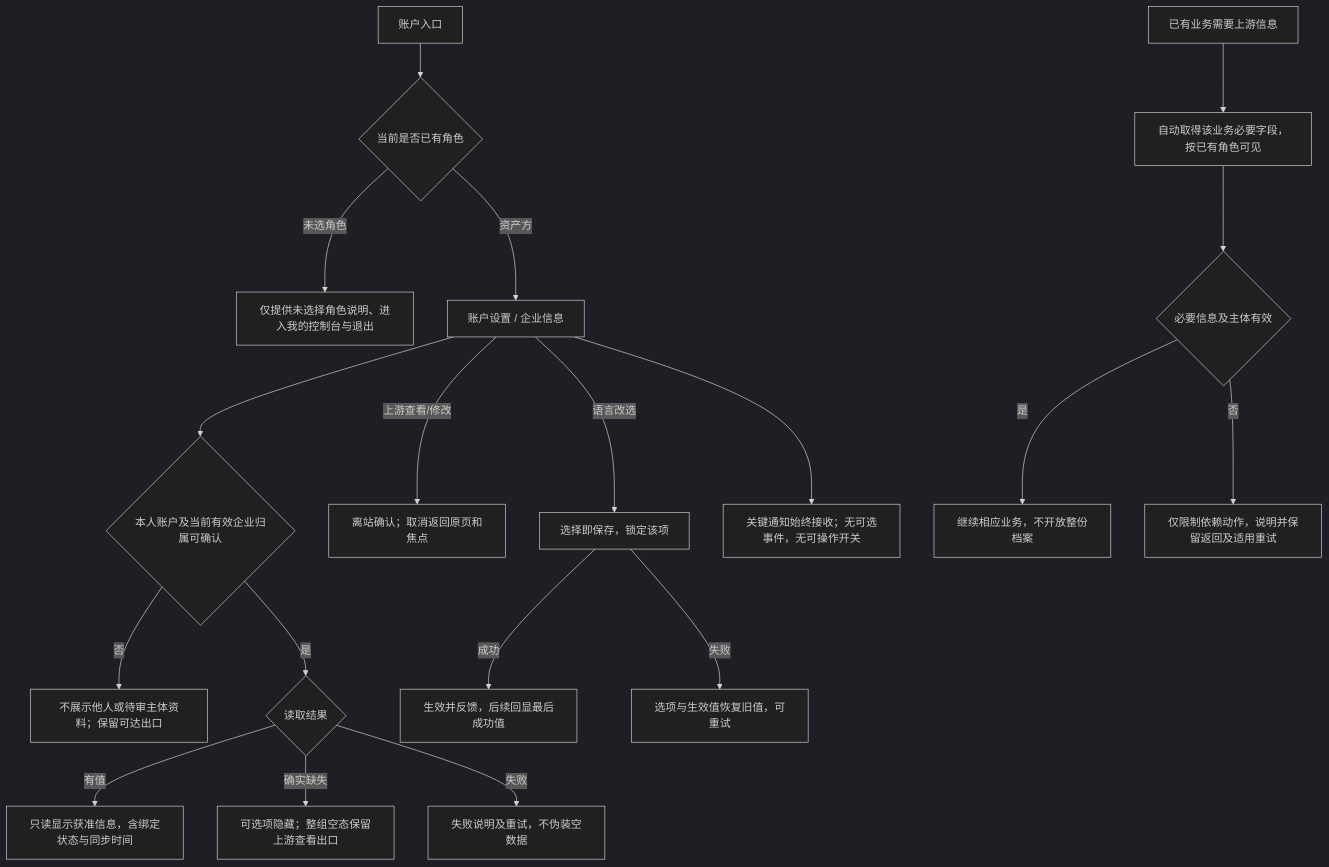
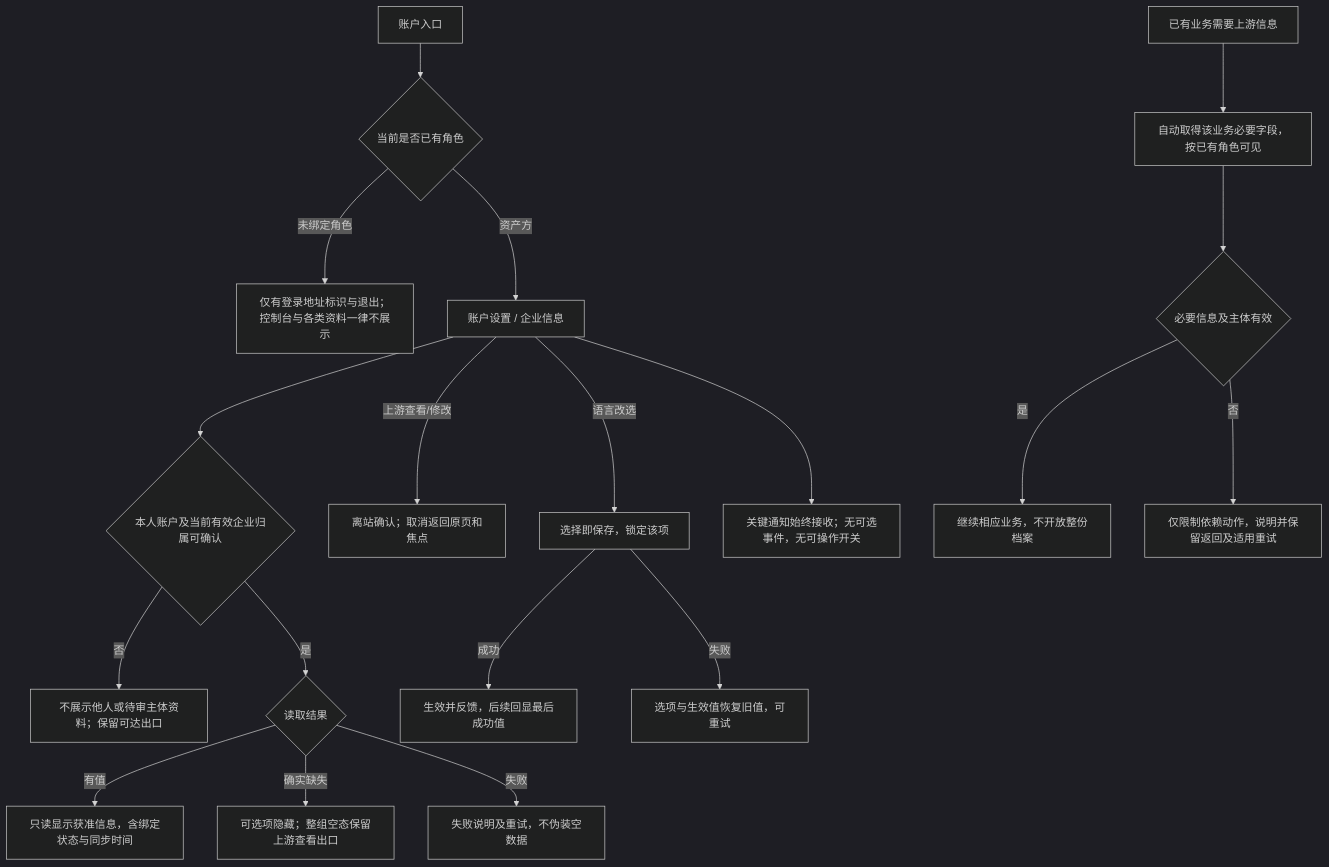
One commit to wxblockchain/Chain-Financing changed the fifth of 7 diagrams in lending-platform/PRD/v2.0-登录与账户体系/02-登录主干与资产方SSO接入-流程图与状态机.md. Above: the diagram before and after it, drawn with Mermaid (dark theme). The commit also changed other lines of this file and 5 other files, not shown here.

````diff
--- a/lending-platform/PRD/v2.0-登录与账户体系/02-登录主干与资产方SSO接入-流程图与状态机.md
+++ b/lending-platform/PRD/v2.0-登录与账户体系/02-登录主干与资产方SSO接入-流程图与状态机.md
@@ -124,21 +108,21 @@
 ```mermaid
 flowchart TD
     MENU["账户入口"] --> ROLE{"当前是否已有角色"}
-    ROLE -->|未选角色| ONLY["仅提供未选择角色说明、进入我的控制台与退出"]
+    ROLE -->|未绑定角色| ONLY["仅有登录地址标识与退出；控制台与各类资料一律不展示"]
     ROLE -->|资产方| P["账户设置 / 企业信息"]
     P --> OWNER{"本人账户及当前有效企业归属可确认"}
     OWNER -->|否| DENY["不展示他人或待审主体资料；保留可达出口"]
     OWNER -->|是| LOAD{"读取结果"}
     LOAD -->|有值| SHOW["只读显示获准信息，含绑定状态与同步时间"]
     LOAD -->|确实缺失| EMPTY["可选项隐藏；整组空态保留上游查看出口"]
     LOAD -->|失败| FAIL["失败说明及重试，不伪装空数据"]
     P -->|上游查看/修改| LEAVE["离站确认；取消返回原页和焦点"]
     P -->|语言改选| SAVE["选择即保存，锁定该项"]
     SAVE -->|成功| OK["生效并反馈，后续回显最后成功值"]
     SAVE -->|失败| ROLLBACK["选项与生效值恢复旧值，可重试"]
     P --> NOTICE["关键通知始终接收；无可选事件，无可操作开关"]
     B["已有业务需要上游信息"] --> AUTO["自动取得该业务必要字段，按已有角色可见"]
     AUTO --> NEED{"必要信息及主体有效"}
     NEED -->|是| USE["继续相应业务，不开放整份档案"]
     NEED -->|否| LIMIT["仅限制依赖动作，说明并保留返回及适用重试"]
 ```
````
